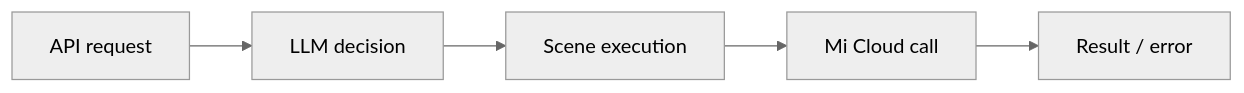
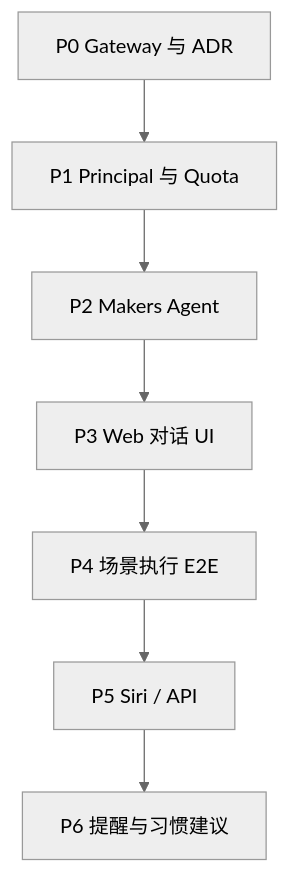
Diagram 14 of 14 in docs/ai-home-poc-design.md (zhangys10/mijia-web-console), drawn with Mermaid (neutral theme) before and after one commit. The commit also changed other lines of this file, not shown here.

Commit message:
docs: redesign AI Home around Makers Agent gateway

````diff
--- a/docs/ai-home-poc-design.md
+++ b/docs/ai-home-poc-design.md
@@ -922,7 +498,9 @@
 ```mermaid
-flowchart LR
-    A["API request"] --> B["LLM decision"]
-    B --> C["Scene execution"]
-    C --> D["Mi Cloud call"]
-    D --> E["Result / error"]
+flowchart TD
+    P0["P0 Gateway 与 ADR"] --> P1["P1 Principal 与 Quota"]
+    P1 --> P2["P2 Makers Agent"]
+    P2 --> P3["P3 Web 对话 UI"]
+    P3 --> P4["P4 场景执行 E2E"]
+    P4 --> P5["P5 Siri / API"]
+    P5 --> P6["P6 提醒与习惯建议"]
 ```
````
